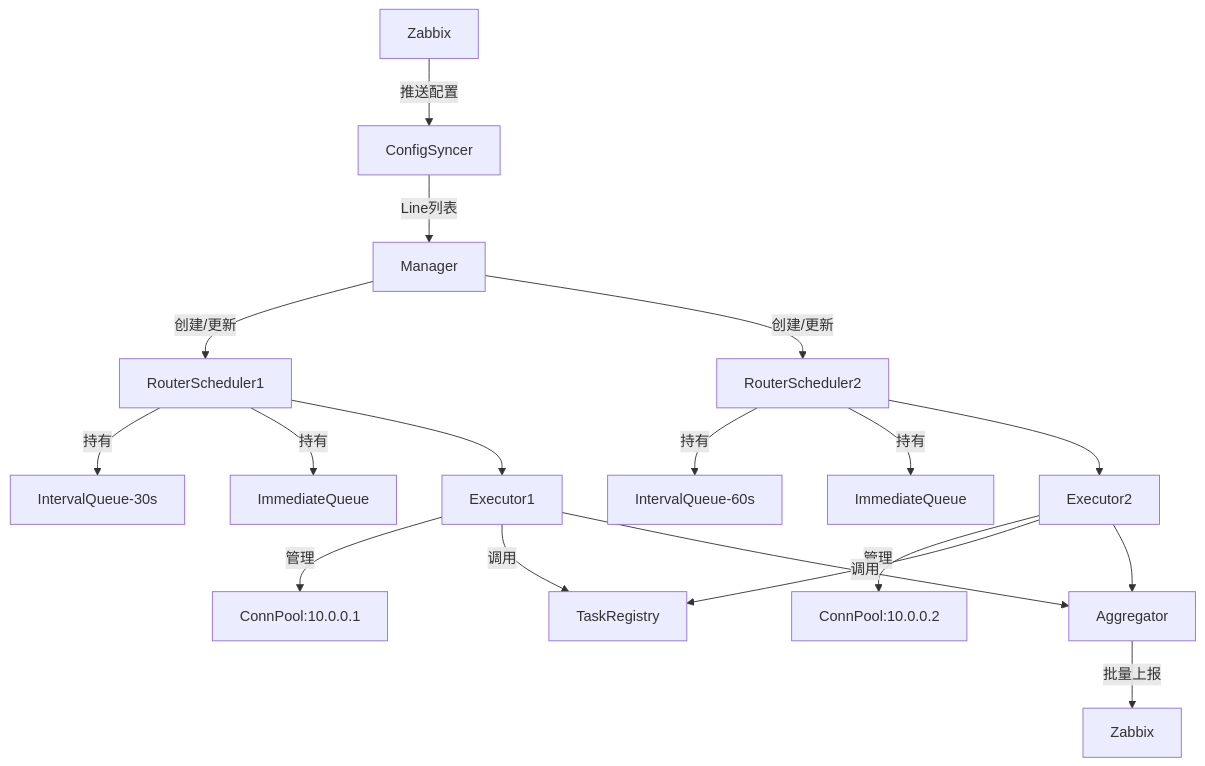
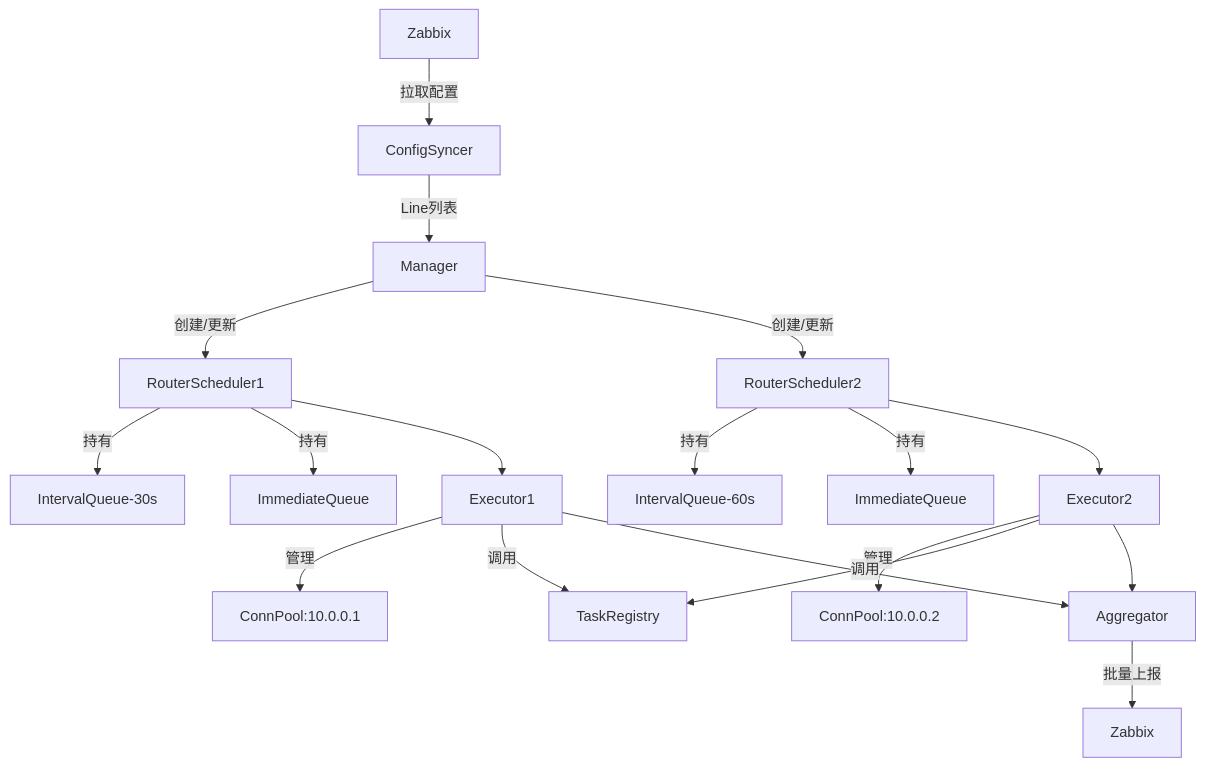
One commit to charlesren/zabbix_ddl_monitor changed the first of 3 diagrams in spec/line_monitoring/design.md. Above: the diagram before and after it, drawn with Mermaid. The commit also changed other lines of this file and 6 other files, not shown here.

````diff
--- a/spec/line_monitoring/design.md
+++ b/spec/line_monitoring/design.md
@@ -11,27 +11,27 @@
 ```mermaid
 graph TD
     %% 配置同步层
-    A[Zabbix] -->|推送配置| B[ConfigSyncer]
+    A[Zabbix] -->|拉取配置| B[ConfigSyncer]
     B -->|Line列表| C[Manager]
 
     %% 任务调度层
     C -->|创建/更新| D[RouterScheduler1]
     C -->|创建/更新| E[RouterScheduler2]
     D -->|持有| F[IntervalQueue-30s]
     D -->|持有| G[ImmediateQueue]
     E -->|持有| H[IntervalQueue-60s]
     E -->|持有| I[ImmediateQueue]
 
     %% 执行层（核心变更点）
     D --> J[Executor1]
     E --> K[Executor2]
     J -->|管理| L[ConnPool:10.0.0.1]
     K -->|管理| M[ConnPool:10.0.0.2]
     J -->|调用| N[TaskRegistry]
     K -->|调用| N
 
     %% 结果上报层
     J --> O[Aggregator]
     K --> O
     O -->|批量上报| P[Zabbix]
 ```
````
